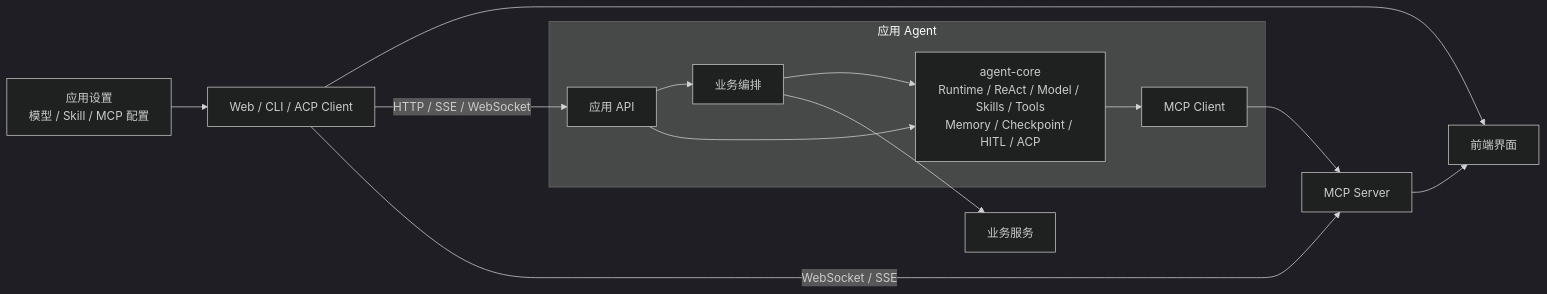
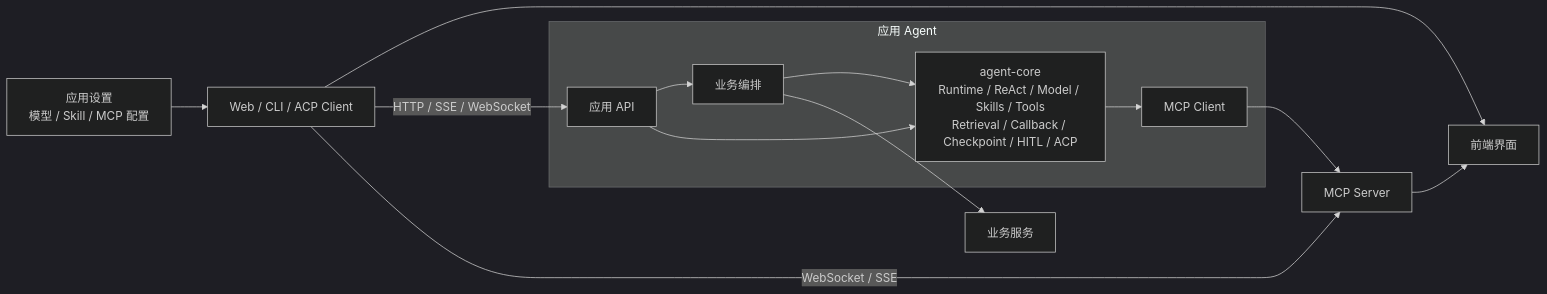
One commit to qiuzixu/agent-core changed the fifth of 5 diagrams in docs/ARCHITECTURE.md. Above: the diagram before and after it, drawn with Mermaid (dark theme). The commit also changed other lines of this file and 70 other files, not shown here.

````diff
--- a/docs/ARCHITECTURE.md
+++ b/docs/ARCHITECTURE.md
@@ -235,30 +302,30 @@
 ```mermaid
 flowchart LR
     WEB["Web / CLI / ACP Client"]
     SETTINGS["应用设置<br/>模型 / Skill / MCP 配置"]
 
     subgraph AGENT["应用 Agent"]
         API["应用 API"]
         BUSINESS["业务编排"]
-        CORE["agent-core<br/>Runtime / ReAct / Model / Skills / Tools<br/>Memory / Checkpoint / HITL / ACP"]
+        CORE["agent-core<br/>Runtime / ReAct / Model / Skills / Tools<br/>Retrieval / Callback / Checkpoint / HITL / ACP"]
         MCP["MCP Client"]
     end
 
     GW["MCP Server"]
     VIEWER["前端界面"]
     BUSINESSAPI["业务服务"]
 
     SETTINGS --> WEB
     WEB --> VIEWER
     WEB -->|HTTP / SSE / WebSocket| API
     WEB -->|WebSocket / SSE| GW
 
     API --> BUSINESS
     API --> CORE
     BUSINESS --> CORE
     CORE --> MCP
     BUSINESS --> BUSINESSAPI
     MCP --> GW
 
     GW --> VIEWER
 ```
````
